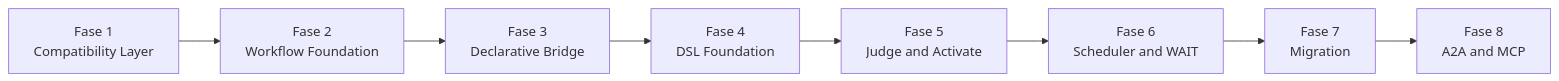
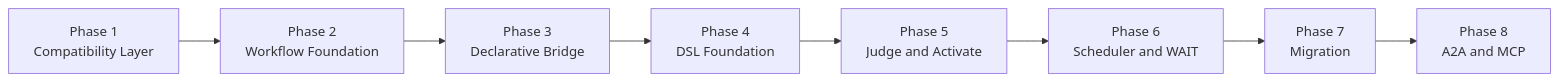
Before and after one commit to krukmat/fenix: the third of 3 diagrams in README.md, drawn with Mermaid. The commit also changed other lines of this file, not shown here.

````diff
--- a/README.md
+++ b/README.md
@@ -113,13 +111,13 @@
 ```mermaid
 flowchart LR
-    F1[Fase 1\nCompatibility Layer]
-    F2[Fase 2\nWorkflow Foundation]
-    F3[Fase 3\nDeclarative Bridge]
-    F4[Fase 4\nDSL Foundation]
-    F5[Fase 5\nJudge and Activate]
-    F6[Fase 6\nScheduler and WAIT]
-    F7[Fase 7\nMigration]
-    F8[Fase 8\nA2A and MCP]
+    F1[Phase 1\nCompatibility Layer]
+    F2[Phase 2\nWorkflow Foundation]
+    F3[Phase 3\nDeclarative Bridge]
+    F4[Phase 4\nDSL Foundation]
+    F5[Phase 5\nJudge and Activate]
+    F6[Phase 6\nScheduler and WAIT]
+    F7[Phase 7\nMigration]
+    F8[Phase 8\nA2A and MCP]
 
     F1 --> F2 --> F3 --> F4 --> F5 --> F6 --> F7 --> F8
 ```
````
